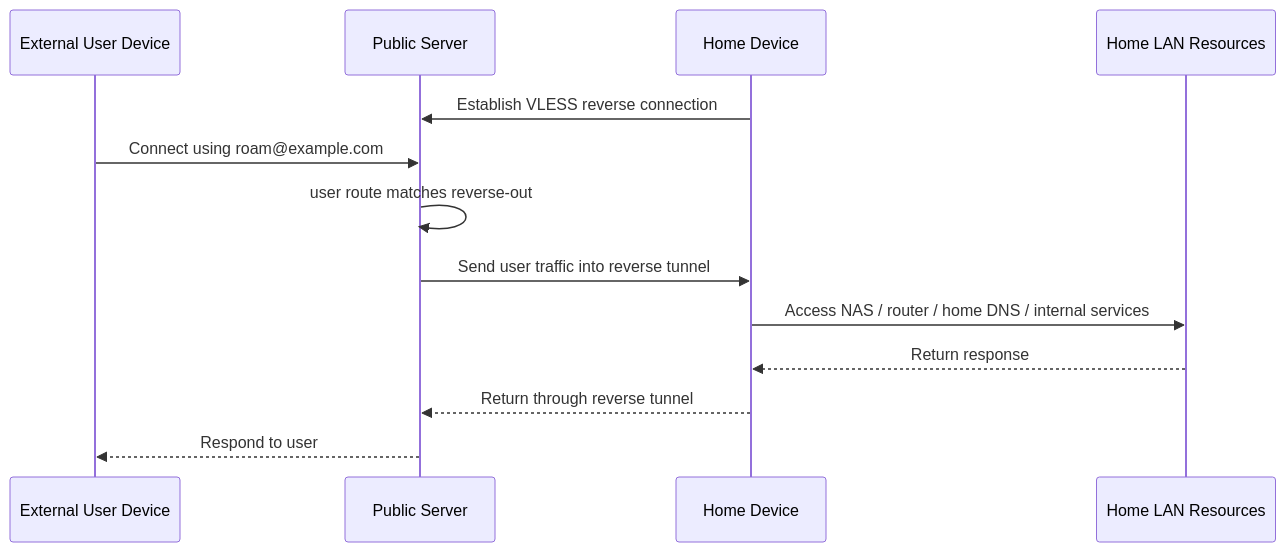
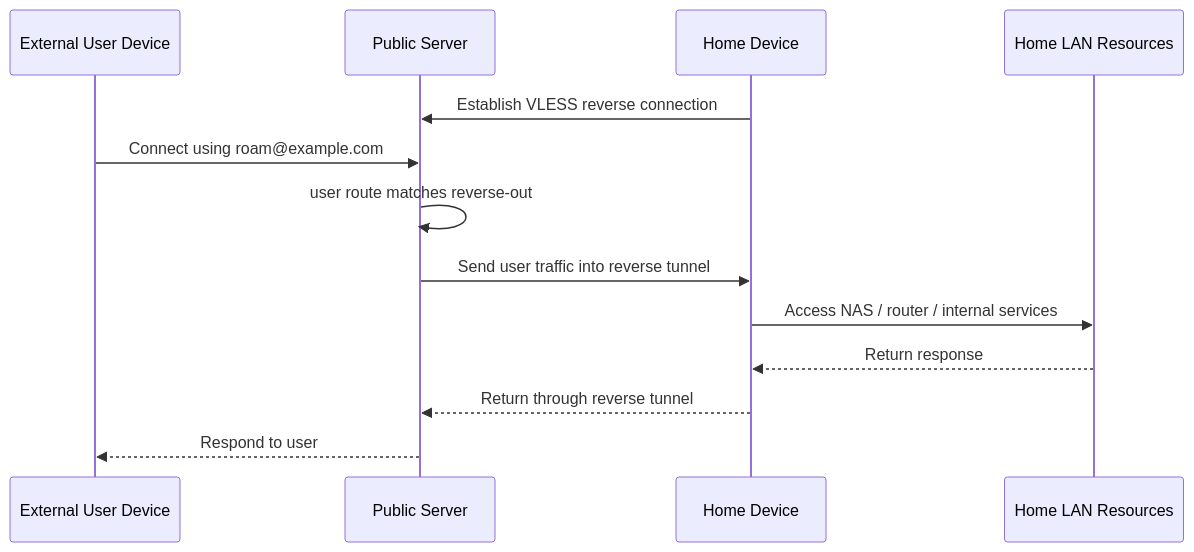
The fourth of 6 diagrams in docs/en/document/level-2/vless_reverse.md (XTLS/Xray-docs-next), drawn with Mermaid before and after one commit. The commit also changed other lines of this file and 2 other files, not shown here.

````diff
--- a/docs/en/document/level-2/vless_reverse.md
+++ b/docs/en/document/level-2/vless_reverse.md
@@ -399,16 +399,16 @@
 ```mermaid
 sequenceDiagram
     participant U as External User Device
     participant S as Public Server
     participant I as Home Device
     participant H as Home LAN Resources
 
     I->>S: Establish VLESS reverse connection
     U->>S: Connect using roam@example.com
     S->>S: user route matches reverse-out
     S->>I: Send user traffic into reverse tunnel
-    I->>H: Access NAS / router / home DNS / internal services
+    I->>H: Access NAS / router / internal services
     H-->>I: Return response
     I-->>S: Return through reverse tunnel
     S-->>U: Respond to user
 ```
````
